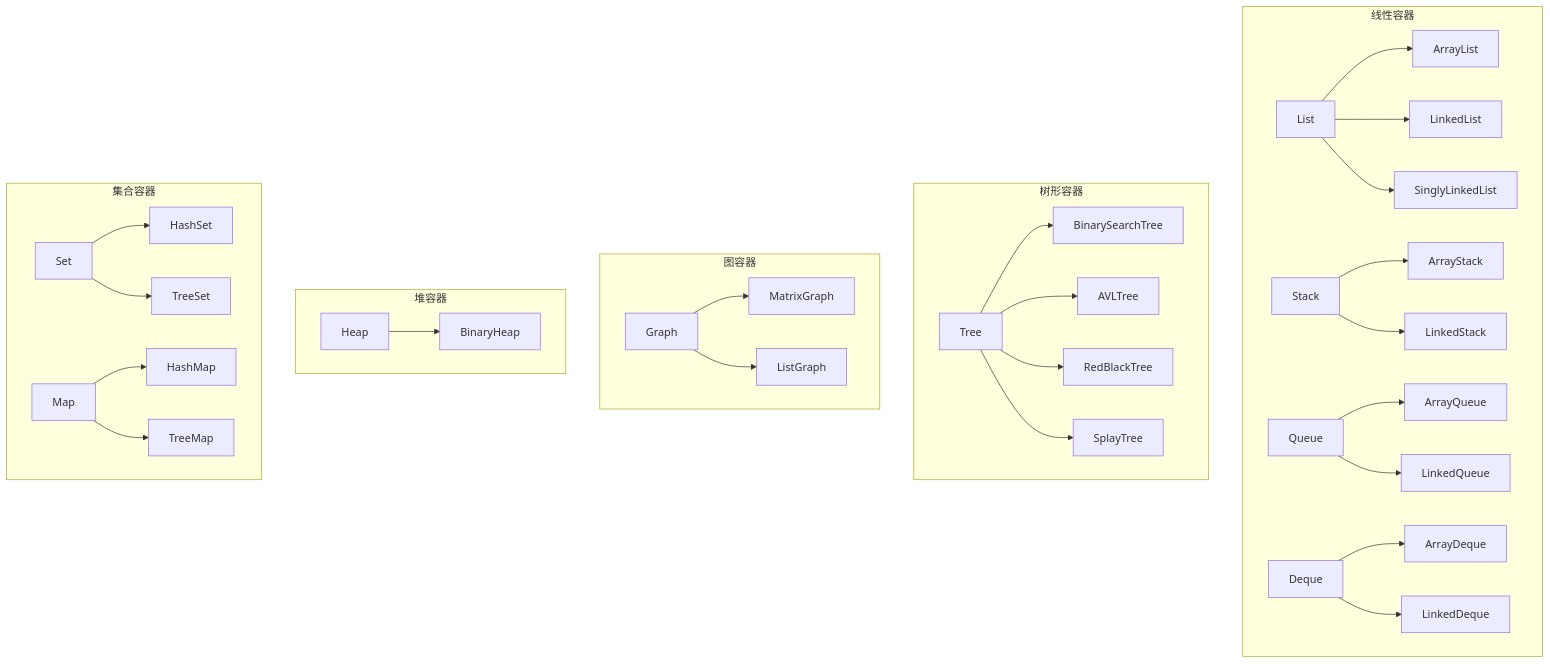
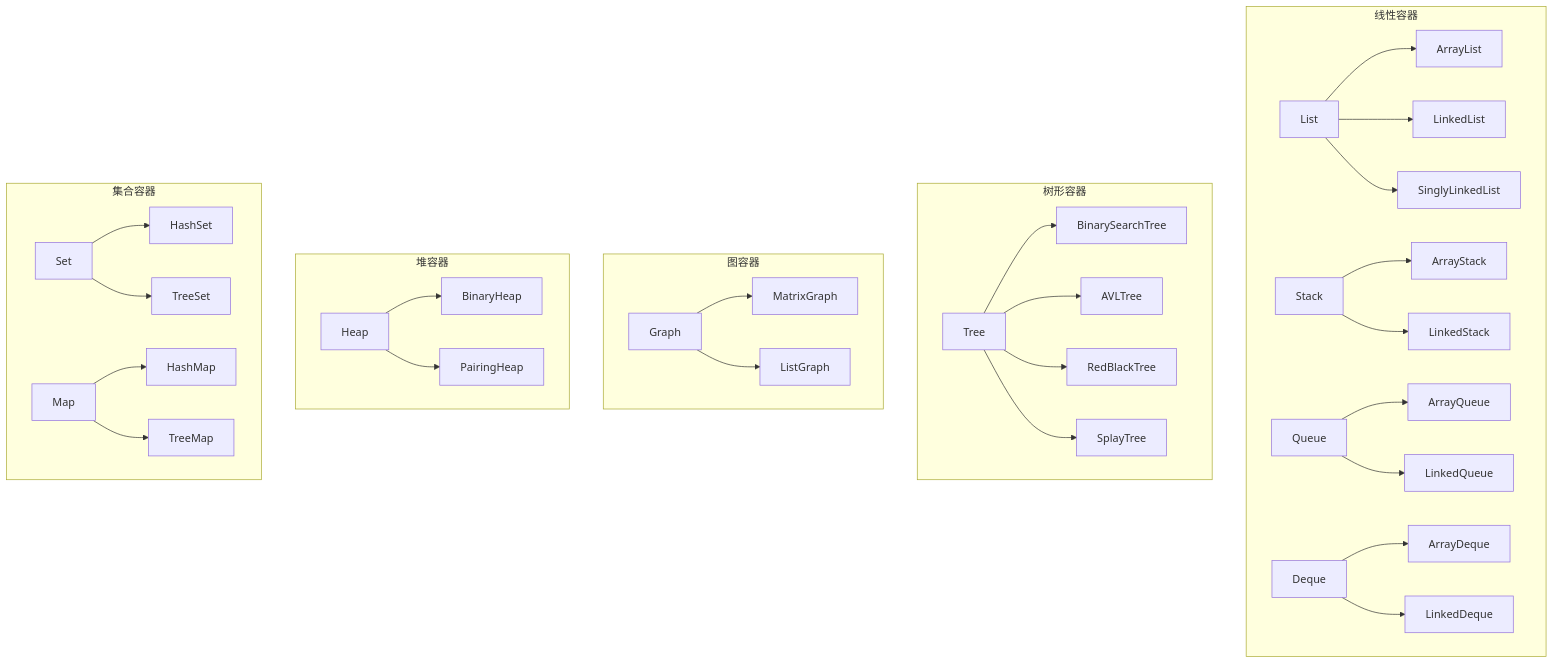
Before and after one commit to chen-qingyu/hellods: the diagram in readme.md, drawn with Mermaid. The commit also changed other lines of this file and 2 other files, not shown here.

Commit message:
feat: add PairingHeap

````diff
--- a/readme.md
+++ b/readme.md
@@ -27,22 +27,22 @@
 ```mermaid
 graph TD
     subgraph 线性["线性容器"]
         List --> ArrayList & LinkedList & SinglyLinkedList
         Stack --> ArrayStack & LinkedStack
         Queue --> ArrayQueue & LinkedQueue
         Deque --> ArrayDeque & LinkedDeque
     end
     subgraph 树形["树形容器"]
         Tree --> BinarySearchTree & AVLTree & RedBlackTree & SplayTree
     end
     subgraph 图形["图容器"]
         Graph --> MatrixGraph & ListGraph
     end
     subgraph 堆["堆容器"]
-        Heap --> BinaryHeap
+        Heap --> BinaryHeap & PairingHeap
     end
     subgraph 集合["集合容器"]
         Set --> HashSet & TreeSet
         Map --> HashMap & TreeMap
     end
 ```
````
